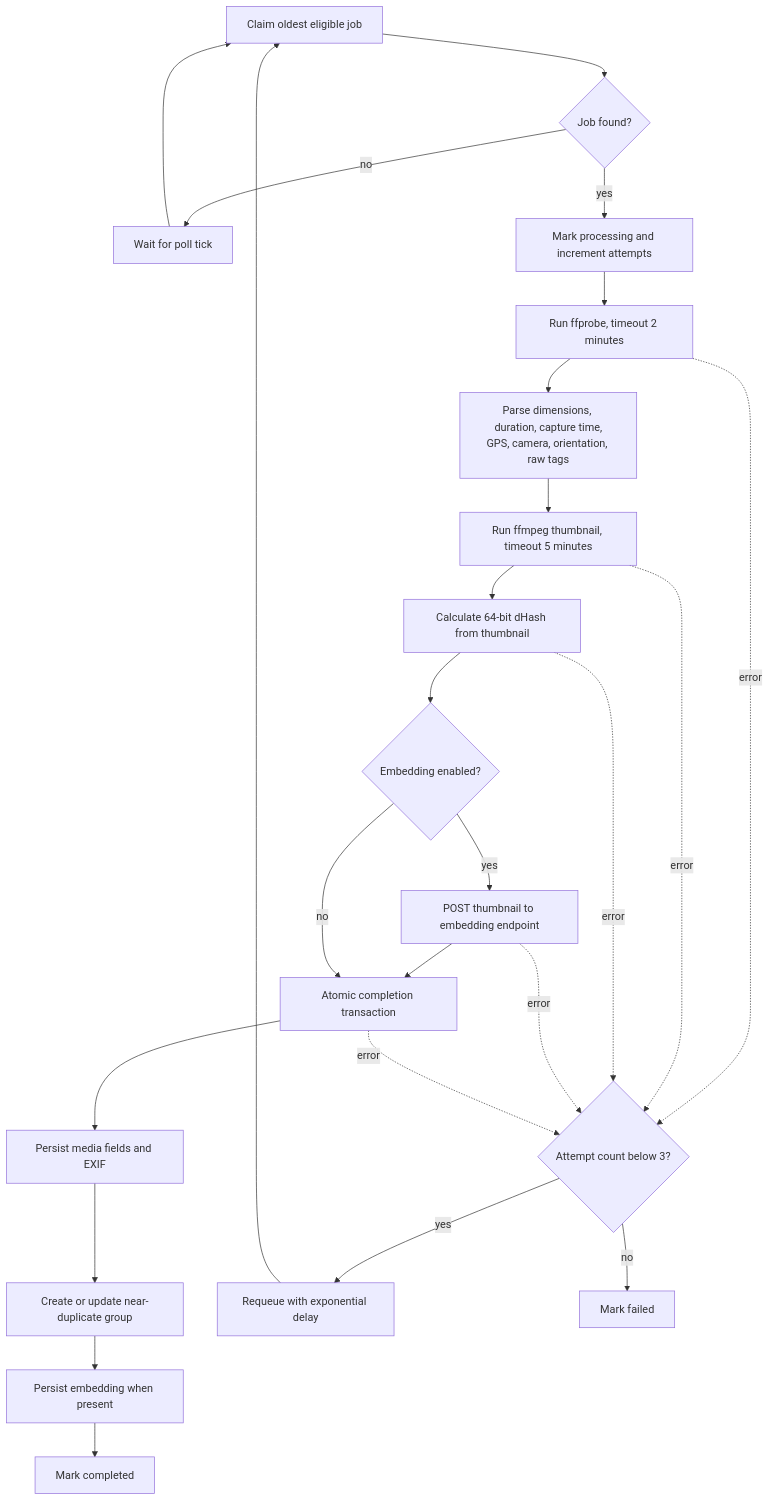
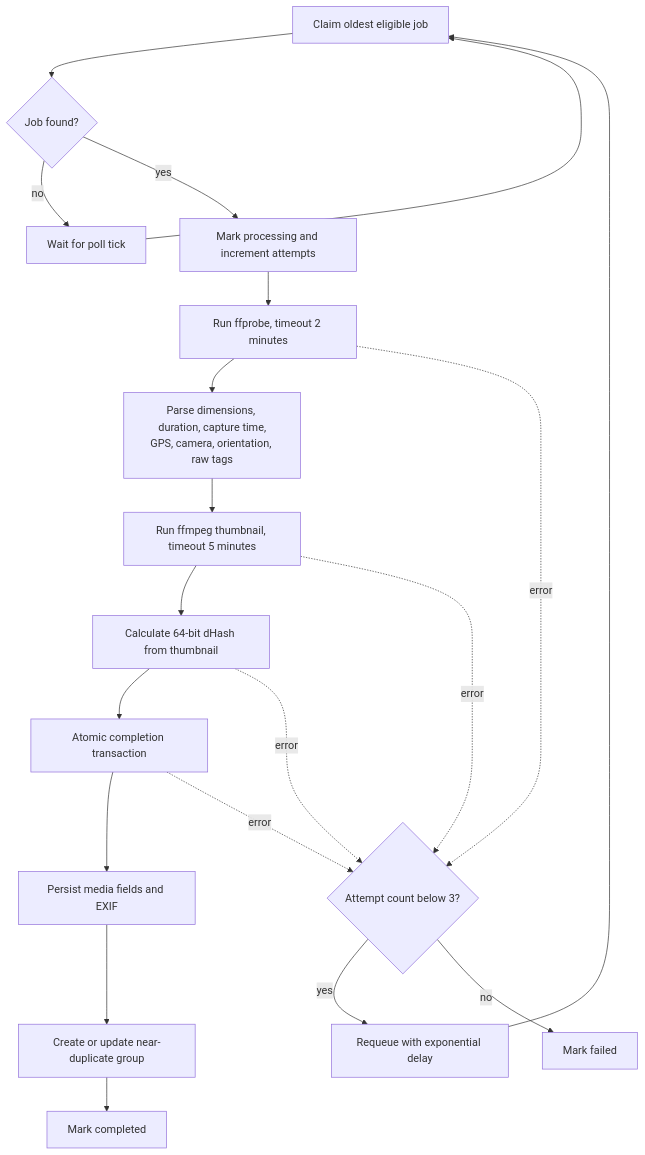
One commit to pal-paul/pal-next-gallery-server changed the fourth of 9 diagrams in docs/photo_moments.md. Above: the diagram before and after it, drawn with Mermaid. The commit also changed other lines of this file and 57 other files, not shown here.

````diff
--- a/docs/photo_moments.md
+++ b/docs/photo_moments.md
@@ -216,35 +220,29 @@
 ```mermaid
 flowchart TD
     A[Claim oldest eligible job]
     B{Job found?}
     C[Wait for poll tick]
     D[Mark processing and increment attempts]
     E[Run ffprobe, timeout 2 minutes]
     F[Parse dimensions, duration, capture time,<br/>GPS, camera, orientation, raw tags]
     G[Run ffmpeg thumbnail, timeout 5 minutes]
     H[Calculate 64-bit dHash from thumbnail]
-    I{Embedding enabled?}
-    J[POST thumbnail to embedding endpoint]
     K[Atomic completion transaction]
     L[Persist media fields and EXIF]
     M[Create or update near-duplicate group]
-    N[Persist embedding when present]
     O[Mark completed]
     P{Attempt count below 3?}
     Q[Requeue with exponential delay]
     R[Mark failed]
 
     A --> B
     B -->|no| C --> A
-    B -->|yes| D --> E --> F --> G --> H --> I
-    I -->|yes| J --> K
-    I -->|no| K
-    K --> L --> M --> N --> O
+    B -->|yes| D --> E --> F --> G --> H --> K
+    K --> L --> M --> O
     E -. error .-> P
     G -. error .-> P
     H -. error .-> P
-    J -. error .-> P
     K -. error .-> P
     P -->|yes| Q --> A
     P -->|no| R
 ```
````
